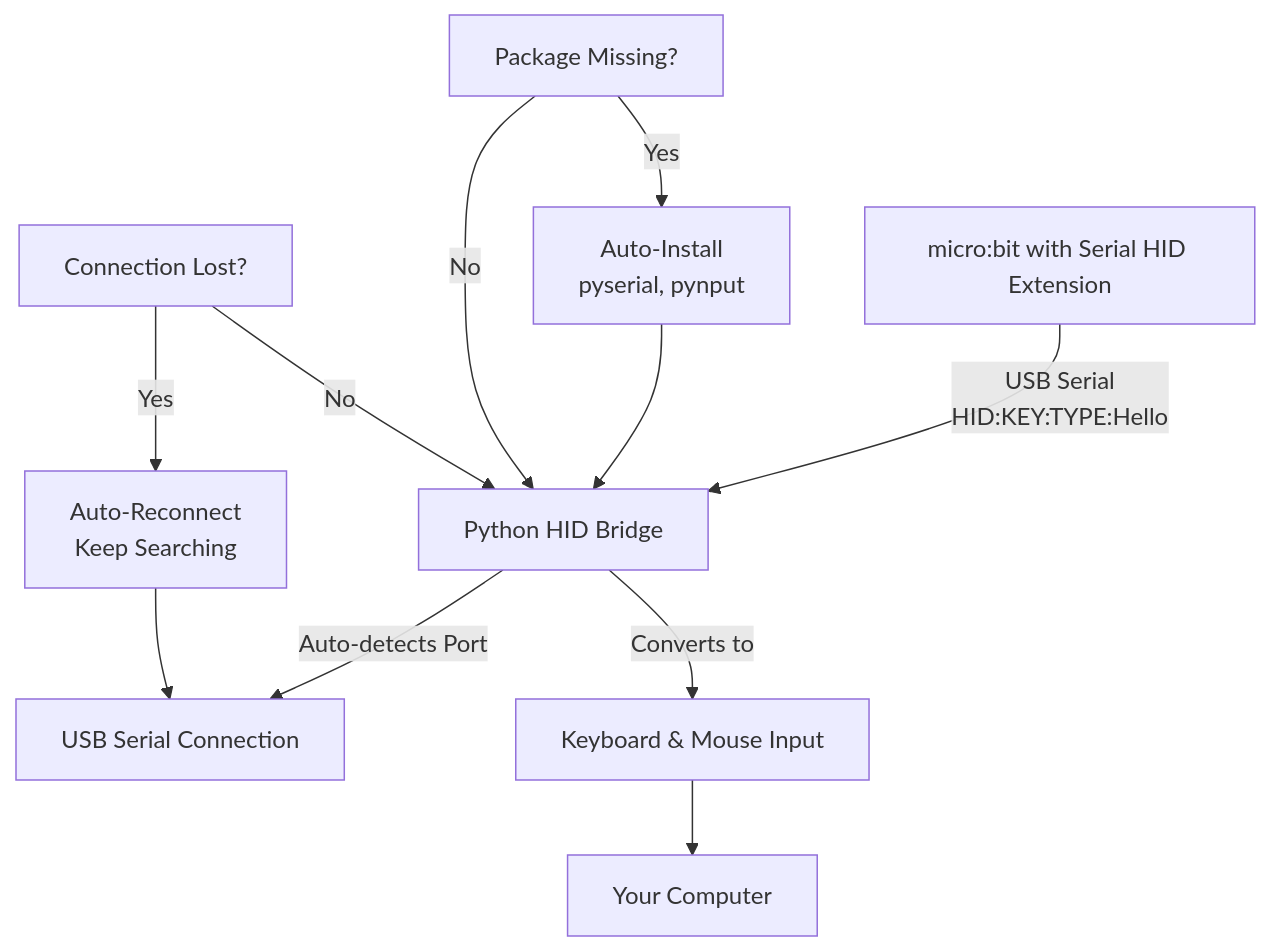
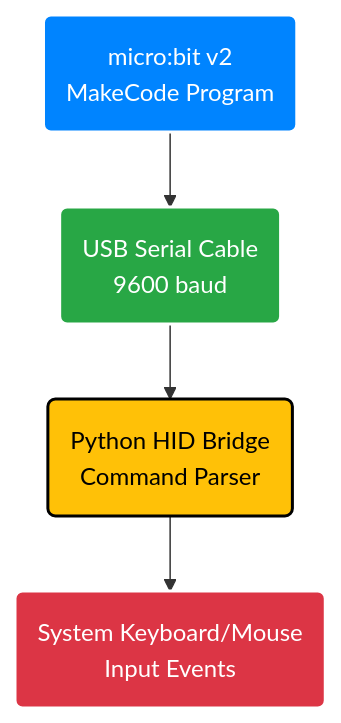
One commit to evotions/KeyboardEmu-for-BBC-Microbit changed the first of 2 diagrams in README.md. Above: the diagram before and after it, drawn with Mermaid. The commit also changed other lines of this file, not shown here.

````diff
--- a/README.md
+++ b/README.md
@@ -9,15 +7,11 @@
 ```mermaid
 graph TD
-    A["micro:bit with Serial HID Extension"] -->|"USB Serial<br/>HID:KEY:TYPE:Hello"| B["Python HID Bridge"]
-    B -->|"Auto-detects Port"| C["USB Serial Connection"]
-    B -->|"Converts to"| D["Keyboard & Mouse Input"]
-    D --> E["Your Computer"]
+    A("micro:bit v2<br/>MakeCode Program") --> B("USB Serial Cable<br/>9600 baud")
+    B --> C("Python HID Bridge<br/>Command Parser")
+    C --> D("System Keyboard/Mouse<br/>Input Events")
     
-    F["Package Missing?"] -->|"Yes"| G["Auto-Install<br/>pyserial, pynput"]
-    G --> B
-    F -->|"No"| B
-    
-    H["Connection Lost?"] -->|"Yes"| I["Auto-Reconnect<br/>Keep Searching"]
-    I --> C
-    H -->|"No"| B
+    style A fill:#0084ff,stroke:#fff,stroke-width:2px,color:#fff
+    style B fill:#28a745,stroke:#fff,stroke-width:2px,color:#fff
+    style C fill:#ffc107,stroke:#000,stroke-width:2px,color:#000
+    style D fill:#dc3545,stroke:#fff,stroke-width:2px,color:#fff
 ```
````
